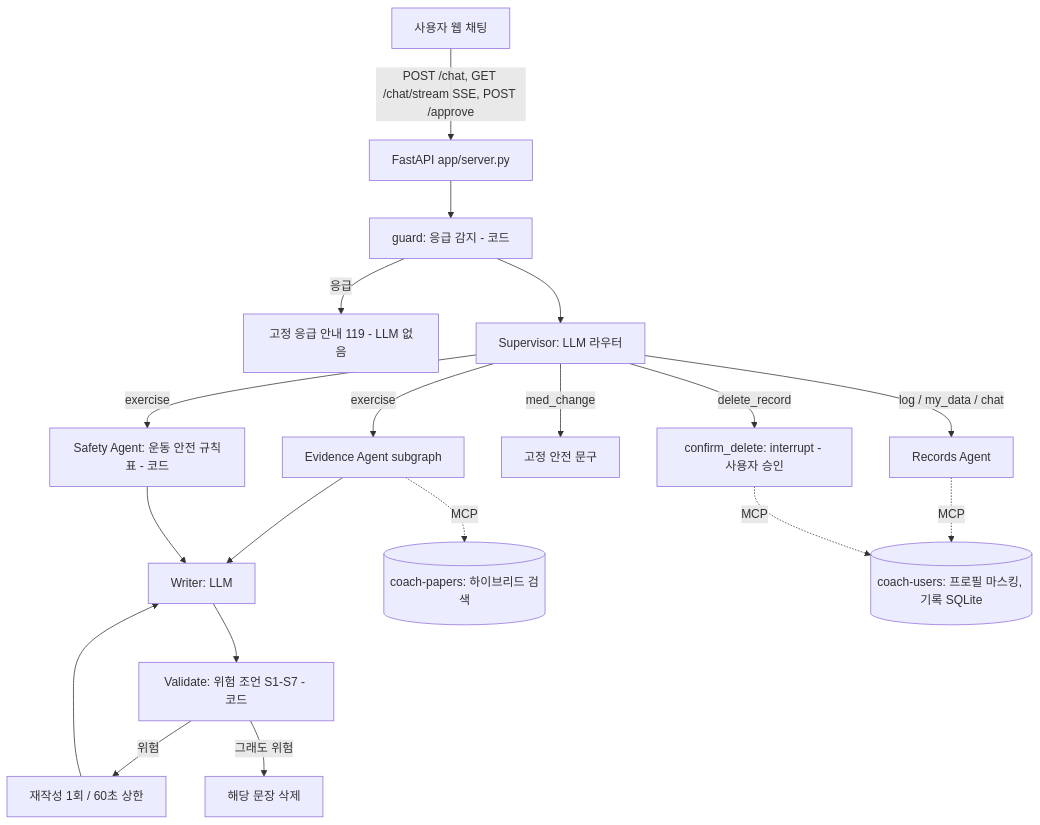
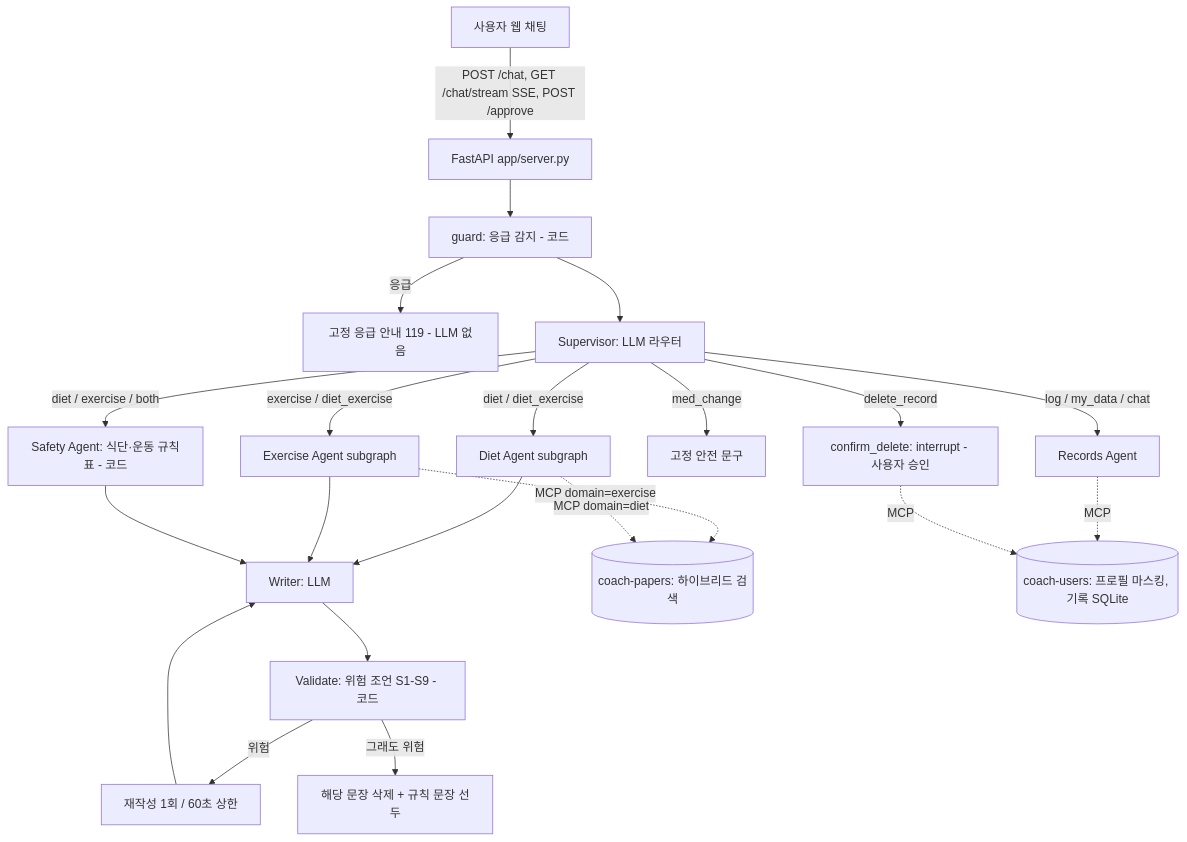
One commit to sihunwang-skala/health-coach-multi-agent changed the diagram in docs/ARCHITECTURE.md. Above: the diagram before and after it, drawn with Mermaid. The commit also changed other lines of this file and 38 other files, not shown here.

Commit message:
Diet Agent + Exercise Agent (parallel subgraphs), diet safety rules D1-D6 and checks S8-S9, diet/mixed evaluation, docs

````diff
--- a/docs/ARCHITECTURE.md
+++ b/docs/ARCHITECTURE.md
@@ -3,20 +3,23 @@
 ```mermaid
 flowchart TD
   U[사용자 웹 채팅] -->|POST /chat, GET /chat/stream SSE, POST /approve| API[FastAPI app/server.py]
   API --> G[guard: 응급 감지 - 코드]
   G -->|응급| EM[고정 응급 안내 119 - LLM 없음]
   G --> S[Supervisor: LLM 라우터]
-  S -->|exercise| EV[Evidence Agent subgraph]
-  S -->|exercise| SA[Safety Agent: 운동 안전 규칙표 - 코드]
+  S -->|diet / diet_exercise| DA[Diet Agent subgraph]
+  S -->|exercise / diet_exercise| EV[Exercise Agent subgraph]
+  S -->|diet / exercise / both| SA[Safety Agent: 식단·운동 규칙표 - 코드]
   S -->|med_change| MC[고정 안전 문구]
   S -->|log / my_data / chat| RC[Records Agent]
   S -->|delete_record| HD[confirm_delete: interrupt - 사용자 승인]
-  EV --> W[Writer: LLM]
+  DA --> W[Writer: LLM]
+  EV --> W
   SA --> W
-  W --> V[Validate: 위험 조언 S1-S7 - 코드]
+  W --> V[Validate: 위험 조언 S1-S9 - 코드]
   V -->|위험| RT[재작성 1회 / 60초 상한] --> W
-  V -->|그래도 위험| RM[해당 문장 삭제]
-  EV -. MCP .-> P[(coach-papers: 하이브리드 검색)]
+  V -->|그래도 위험| RM[해당 문장 삭제 + 규칙 문장 선두]
+  EV -. MCP domain=exercise .-> P[(coach-papers: 하이브리드 검색)]
+  DA -. MCP domain=diet .-> P
   RC -. MCP .-> UDB[(coach-users: 프로필 마스킹, 기록 SQLite)]
   HD -. MCP .-> UDB
 ```
````
